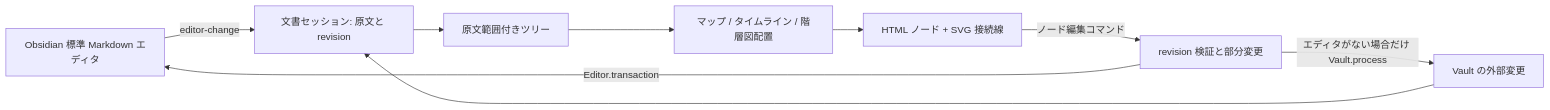
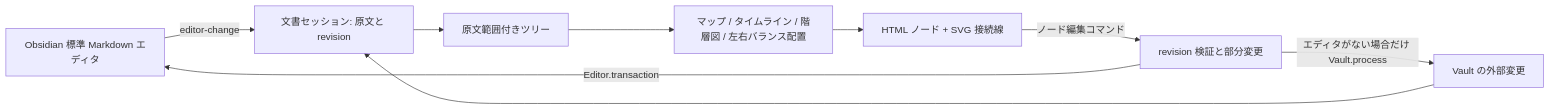
Before and after one commit to hiroyaiizuka/Mappy: the diagram in docs/architecture.md, drawn with Mermaid. The commit also changed other lines of this file and 27 other files, not shown here.

````diff
--- a/docs/architecture.md
+++ b/docs/architecture.md
@@ -9,11 +9,11 @@
 ```mermaid
 flowchart LR
   E[Obsidian 標準 Markdown エディタ] -->|editor-change| S[文書セッション: 原文と revision]
   S --> P[原文範囲付きツリー]
-  P --> L[マップ / タイムライン / 階層図配置]
+  P --> L[マップ / タイムライン / 階層図 / 左右バランス配置]
   L --> V[HTML ノード + SVG 接続線]
   V -->|ノード編集コマンド| C[revision 検証と部分変更]
   C -->|Editor.transaction| E
   F[Vault の外部変更] --> S
   C -->|エディタがない場合だけ Vault.process| F
 ```
````
